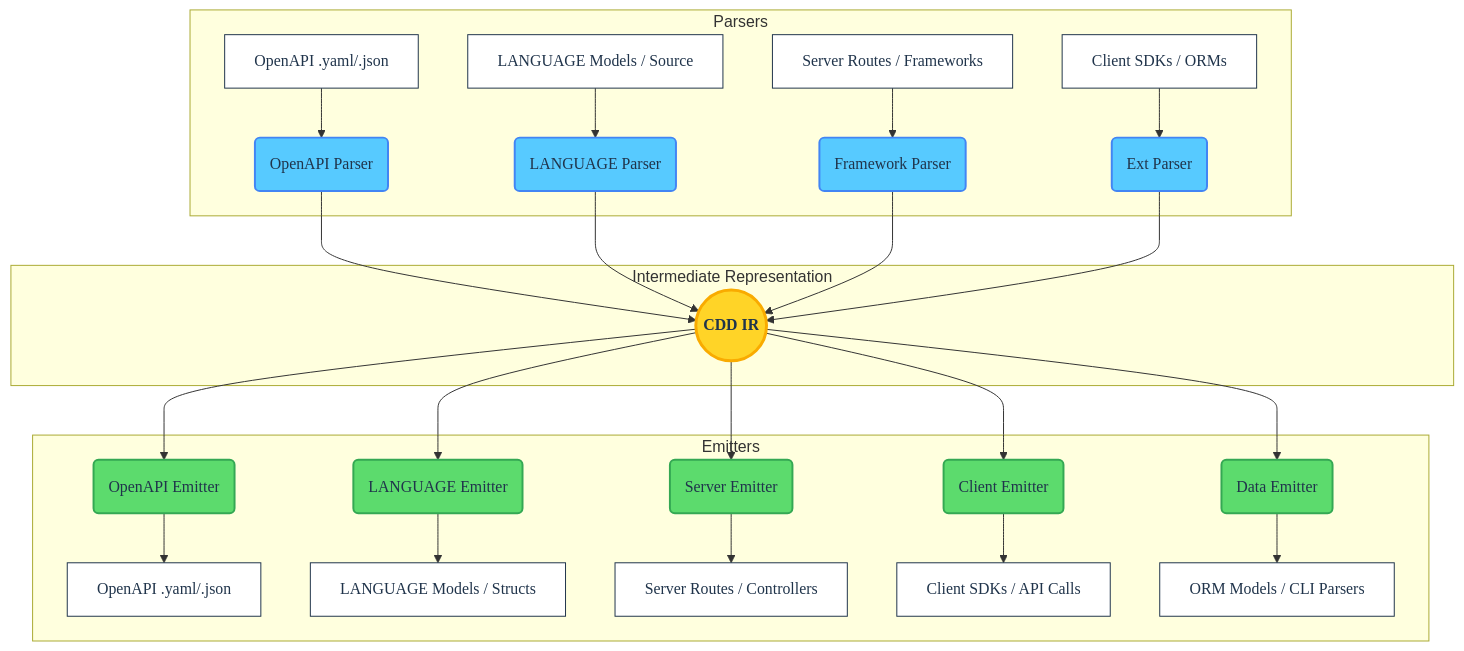
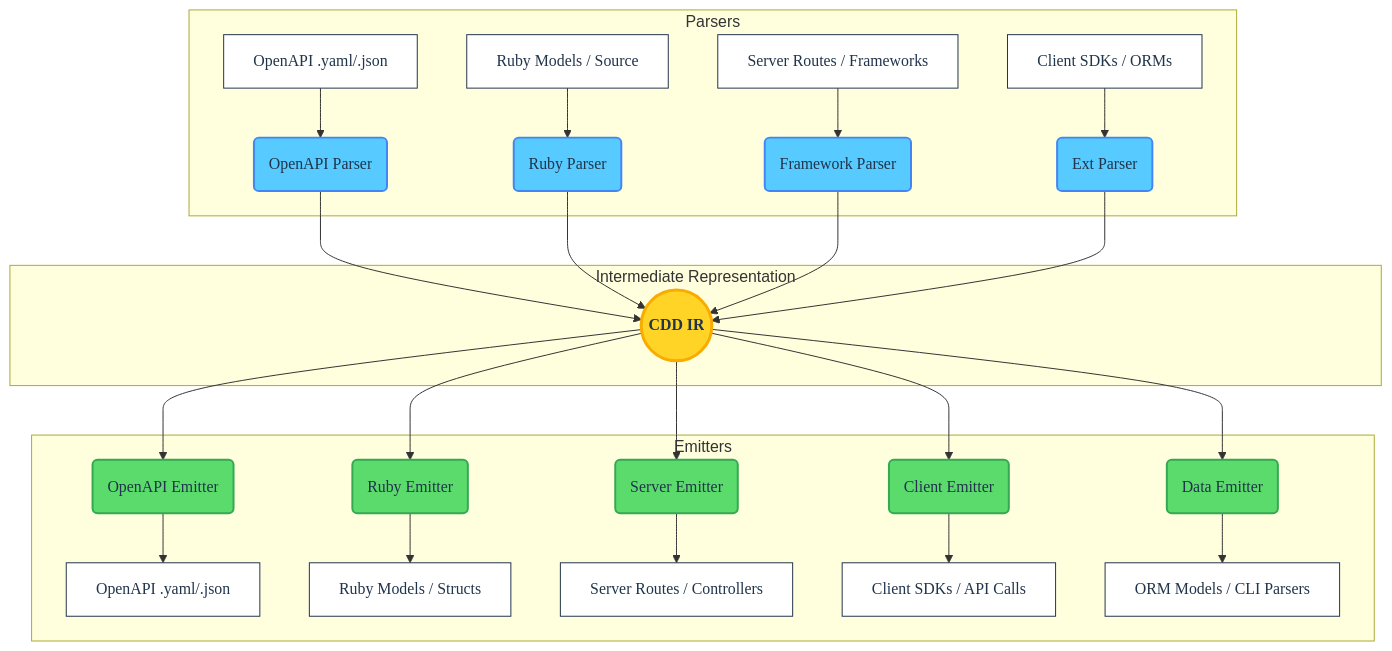
Before and after one commit to SamuelMarks/cdd-ruby: the diagram in ARCHITECTURE.md, drawn with Mermaid. The commit also changed other lines of this file and 25 other files, not shown here.

````diff
--- a/ARCHITECTURE.md
+++ b/ARCHITECTURE.md
@@ -20,38 +14,38 @@
 ```mermaid
 graph TD
     %% Styling Definitions
     classDef frontend fill:#57caff,stroke:#4285f4,stroke-width:2px,color:#20344b,font-family:Roboto Mono
     classDef core fill:#ffd427,stroke:#f9ab00,stroke-width:3px,color:#20344b,font-family:Google Sans,font-weight:bold
     classDef backend fill:#5cdb6d,stroke:#34a853,stroke-width:2px,color:#20344b,font-family:Roboto Mono
     classDef endpoint fill:#ffffff,stroke:#20344b,stroke-width:1px,color:#20344b,font-family:Google Sans
 
     subgraph Frontend [Parsers]
         A[OpenAPI .yaml/.json]:::endpoint --> P1(OpenAPI Parser):::frontend
-        B[LANGUAGE Models / Source]:::endpoint --> P2(LANGUAGE Parser):::frontend
+        B[Ruby Models / Source]:::endpoint --> P2(Ruby Parser):::frontend
         C[Server Routes / Frameworks]:::endpoint --> P3(Framework Parser):::frontend
         D[Client SDKs / ORMs]:::endpoint --> P4(Ext Parser):::frontend
     end
 
     subgraph Core [Intermediate Representation]
         IR((CDD IR)):::core
     end
 
     subgraph Backend [Emitters]
         E1(OpenAPI Emitter):::backend --> X[OpenAPI .yaml/.json]:::endpoint
-        E2(LANGUAGE Emitter):::backend --> Y[LANGUAGE Models / Structs]:::endpoint
+        E2(Ruby Emitter):::backend --> Y[Ruby Models / Structs]:::endpoint
         E3(Server Emitter):::backend --> Z[Server Routes / Controllers]:::endpoint
         E4(Client Emitter):::backend --> W[Client SDKs / API Calls]:::endpoint
         E5(Data Emitter):::backend --> V[ORM Models / CLI Parsers]:::endpoint
     end
 
     P1 --> IR
     P2 --> IR
     P3 --> IR
     P4 --> IR
 
     IR --> E1
     IR --> E2
     IR --> E3
     IR --> E4
     IR --> E5
 ```
````
